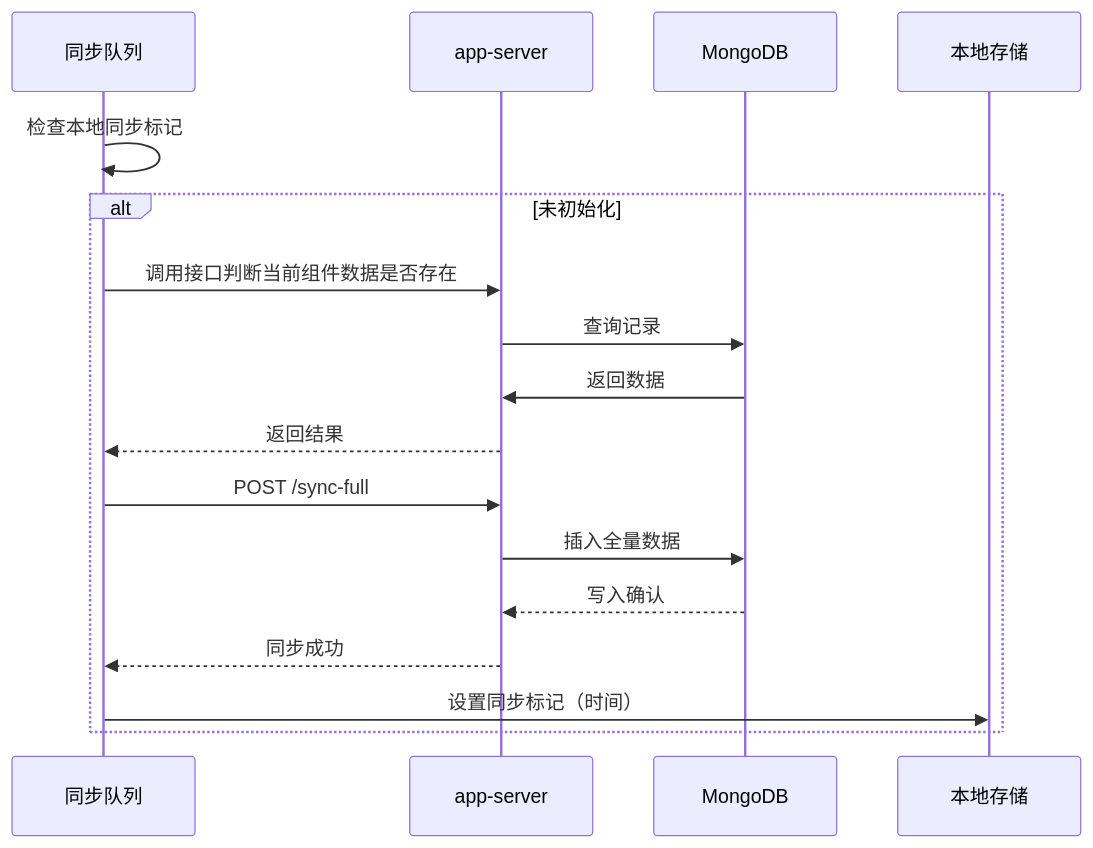
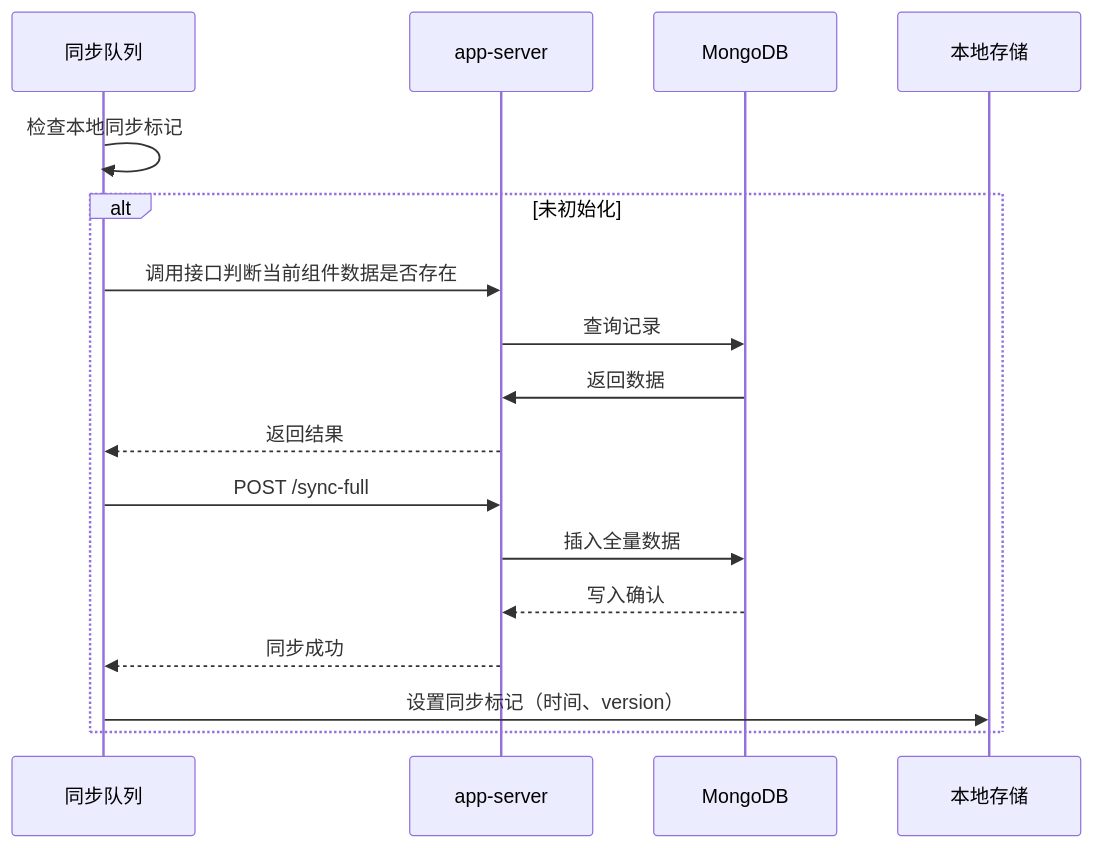
One commit to yingjianzh/iodraw-files changed the diagram in all/未命名-24.md. Above: the diagram before and after it, drawn with Mermaid.

Commit message:
2025-02-21 18:29:17 update

````diff
--- a/all/未命名-24.md
+++ b/all/未命名-24.md
@@ -1,19 +1,19 @@
 ```mermaid
 sequenceDiagram
     participant 同步队列
     participant app-server
     participant MongoDB
 
     同步队列->>同步队列: 检查本地同步标记
     alt 未初始化
         同步队列->>app-server: 调用接口判断当前组件数据是否存在
         app-server->>MongoDB: 查询记录
         MongoDB->>app-server: 返回数据
         app-server-->>同步队列: 返回结果
         同步队列->>app-server: POST /sync-full
         app-server->>MongoDB: 插入全量数据
         MongoDB-->>app-server: 写入确认
         app-server-->>同步队列: 同步成功
-        同步队列->>本地存储: 设置同步标记（时间）
+        同步队列->>本地存储: 设置同步标记（时间、version）
     end
 ```
````
